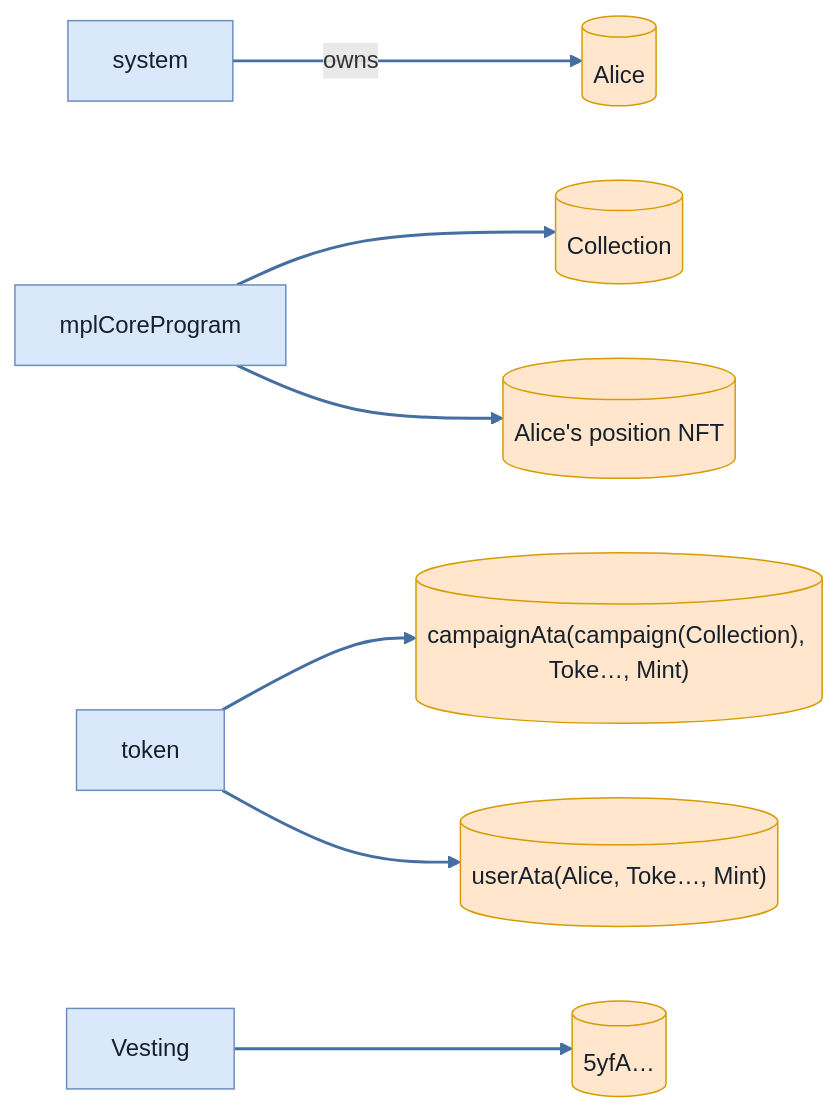
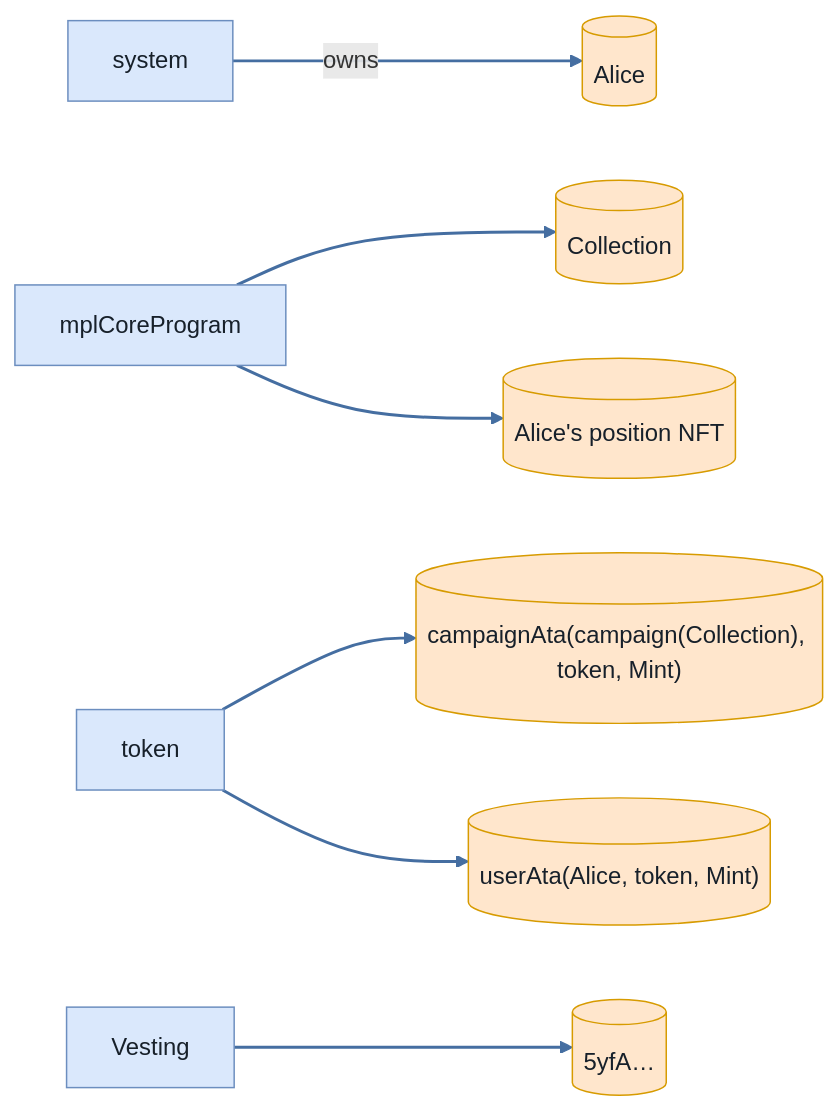
Before and after one commit to cds-turbin3/vesting-position: diagram 12 of 12 in babelfish-tests/test-report/vested_tokens_are_forfeited_past_the_grace_window.md, drawn with Mermaid. The commit also changed other lines of this file and 104 other files, not shown here.

````diff
--- a/babelfish-tests/test-report/vested_tokens_are_forfeited_past_the_grace_window.md
+++ b/babelfish-tests/test-report/vested_tokens_are_forfeited_past_the_grace_window.md
@@ -542,23 +542,23 @@
 ```mermaid
 flowchart LR
     system["system"]:::program
     Alice[("Alice")]:::state
     mplCoreProgram["mplCoreProgram"]:::program
     Collection[("Collection")]:::state
     token["token"]:::program
-    campaignAtacampaignCollectionTokeMint[("campaignAta(campaign(Collection), Toke…, Mint)")]:::state
-    userAtaAliceTokeMint[("userAta(Alice, Toke…, Mint)")]:::state
+    campaignAtacampaignCollectiontokenMint[("campaignAta(campaign(Collection), token, Mint)")]:::state
+    userAtaAlicetokenMint[("userAta(Alice, token, Mint)")]:::state
     AlicespositionNFT[("Alice's position NFT")]:::state
     Vesting["Vesting"]:::program
     n5yfA[("5yfA…")]:::state
     system -->|owns| Alice
     mplCoreProgram --> Collection
-    token --> campaignAtacampaignCollectionTokeMint
-    token --> userAtaAliceTokeMint
+    token --> campaignAtacampaignCollectiontokenMint
+    token --> userAtaAlicetokenMint
     mplCoreProgram --> AlicespositionNFT
     Vesting --> n5yfA
     classDef program fill:#dae8fc,stroke:#6c8ebf,color:#17202a;
     classDef signer fill:#d5e8d4,stroke:#82b366,color:#17202a;
     classDef state fill:#ffe6cc,stroke:#d79b00,color:#17202a;
     linkStyle 0,1,2,3,4,5 stroke:#456ea1,stroke-width:2px
 ```
````
